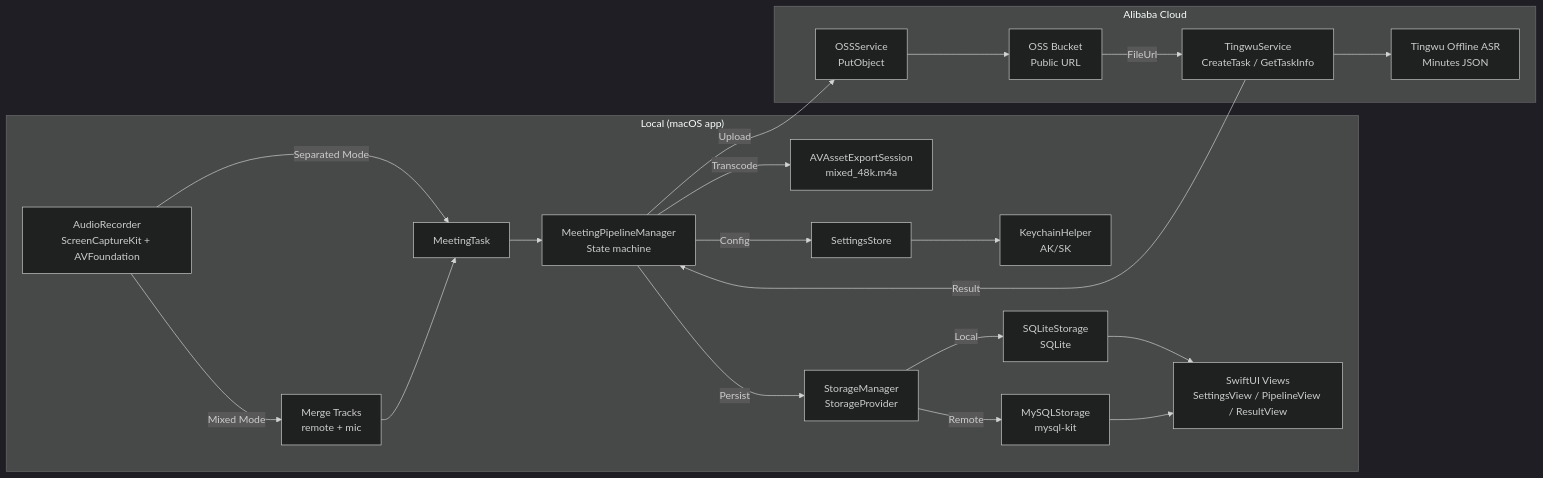
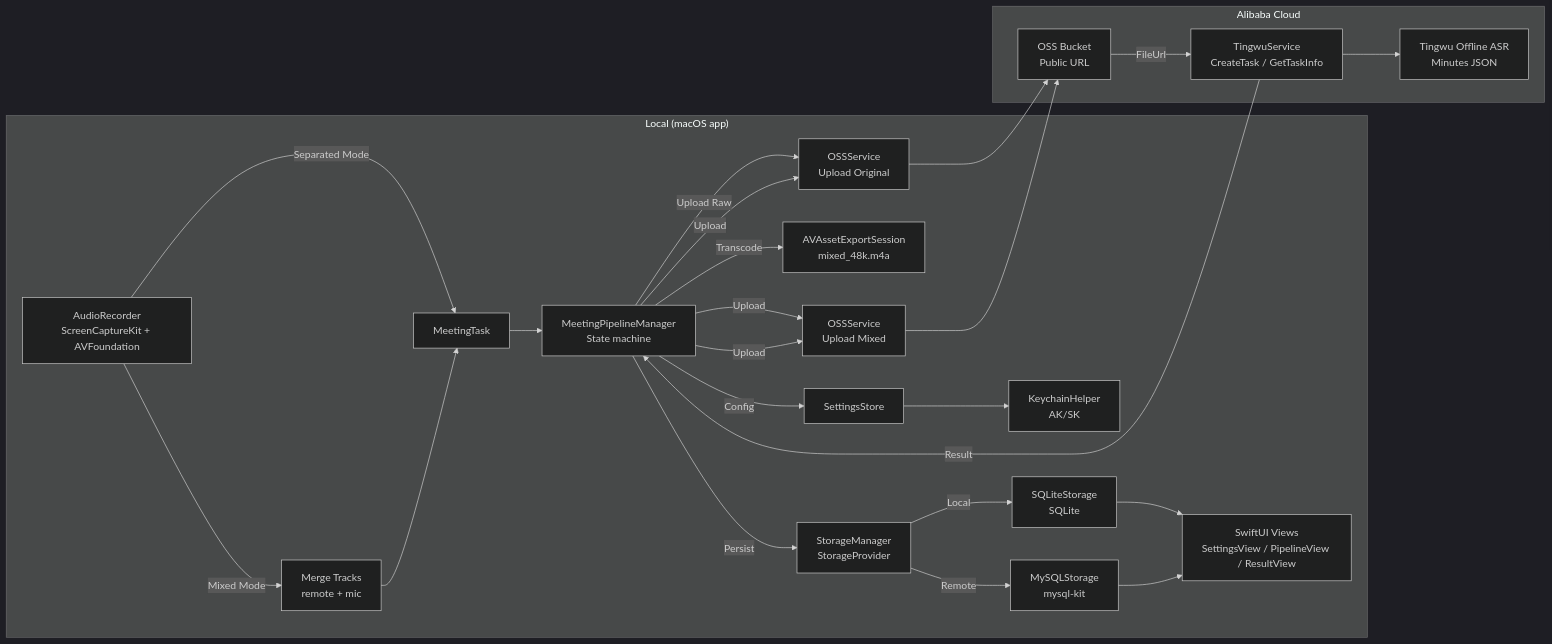
One commit to MasamiYui/wechat-voice-ai-record changed the diagram in README.md. Above: the diagram before and after it, drawn with Mermaid (dark theme). The commit also changed 10 other files, not shown here.

Commit message:
docs: update documentation for Upload Raw pipeline step and manual controls

````diff
--- a/README.md
+++ b/README.md
@@ -36,26 +36,30 @@
 ```mermaid
 flowchart LR
   subgraph Local["Local (macOS app)"]
     A["AudioRecorder<br/>ScreenCaptureKit + AVFoundation"] -->|Mixed Mode| B["Merge Tracks<br/>remote + mic"]
     A -->|Separated Mode| C["MeetingTask"]
     B --> C
     C --> D["MeetingPipelineManager<br/>State machine"]
-    D -->|Transcode| E["AVAssetExportSession<br/>mixed_48k.m4a"]
-    D -->|Persist| SM["StorageManager<br/>StorageProvider"]
-    D -->|Config| S["SettingsStore"]
-    S --> K["KeychainHelper<br/>AK/SK"]
-    SM -->|Local| J1["SQLiteStorage<br/>SQLite"]
-    SM -->|Remote| J2["MySQLStorage<br/>mysql-kit"]
-    J1 --> V["SwiftUI Views<br/>SettingsView / PipelineView / ResultView"]
-    J2 --> V
+    D -->|Upload Raw| F1["OSSService<br/>Upload Original"]
+  D -->|Transcode| E["AVAssetExportSession<br/>mixed_48k.m4a"]
+  D -->|Upload| F2["OSSService<br/>Upload Mixed"]
+  D -->|Persist| SM["StorageManager<br/>StorageProvider"]
+  D -->|Config| S["SettingsStore"]
+  S --> K["KeychainHelper<br/>AK/SK"]
+  SM -->|Local| J1["SQLiteStorage<br/>SQLite"]
+  SM -->|Remote| J2["MySQLStorage<br/>mysql-kit"]
+  J1 --> V["SwiftUI Views<br/>SettingsView / PipelineView / ResultView"]
+  J2 --> V
   end
 
   subgraph Cloud["Alibaba Cloud"]
-    F["OSSService<br/>PutObject"] --> G["OSS Bucket<br/>Public URL"]
-    T["TingwuService<br/>CreateTask / GetTaskInfo"] --> R["Tingwu Offline ASR<br/>Minutes JSON"]
+  F1 --> G["OSS Bucket<br/>Public URL"]
+  F2 --> G
+  T["TingwuService<br/>CreateTask / GetTaskInfo"] --> R["Tingwu Offline ASR<br/>Minutes JSON"]
   end
 
-  D -->|Upload| F
+  D -->|Upload| F1
+  D -->|Upload| F2
   G -->|FileUrl| T
   T -->|Result| D
 ```
````
